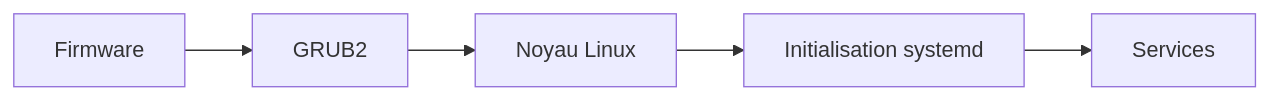
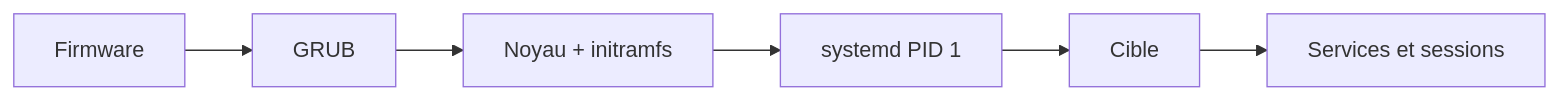
One commit to sk34pk25/tssr-cours changed the diagram in docs/modules/05-administration-debian-gnu-linux/module-03-demarrage-d-une-distribution-debian.md. Above: the diagram before and after it, drawn with Mermaid. The commit also changed other lines of this file and 864 other files, not shown here.

````diff
--- a/docs/modules/05-administration-debian-gnu-linux/module-03-demarrage-d-une-distribution-debian.md
+++ b/docs/modules/05-administration-debian-gnu-linux/module-03-demarrage-d-une-distribution-debian.md
@@ -51,4 +75,5 @@
 ```mermaid
 flowchart LR
- F["Firmware"] --> G["GRUB2"] --> K["Noyau Linux"] --> S["Initialisation systemd"] --> V["Services"]
+ F["Firmware"] --> G["GRUB"] --> K["Noyau + initramfs"] --> S["systemd PID 1"]
+ S --> C["Cible"] --> U["Services et sessions"]
 ```
````
